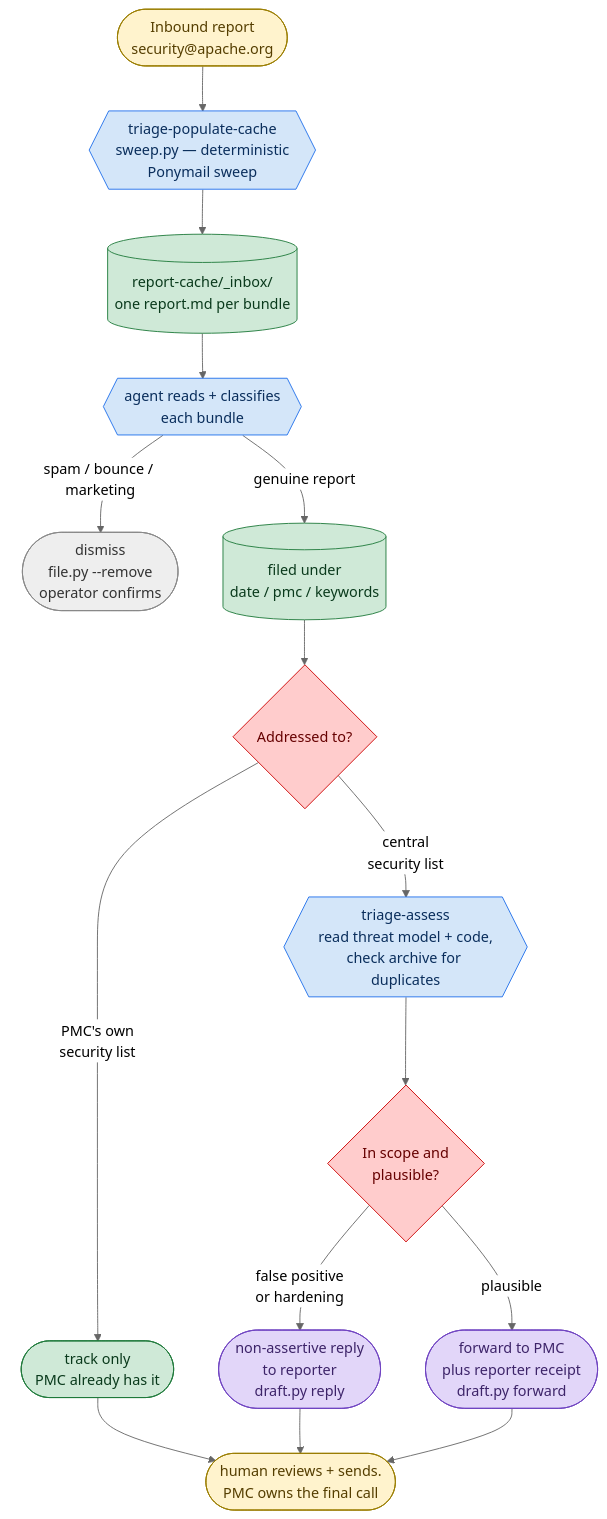
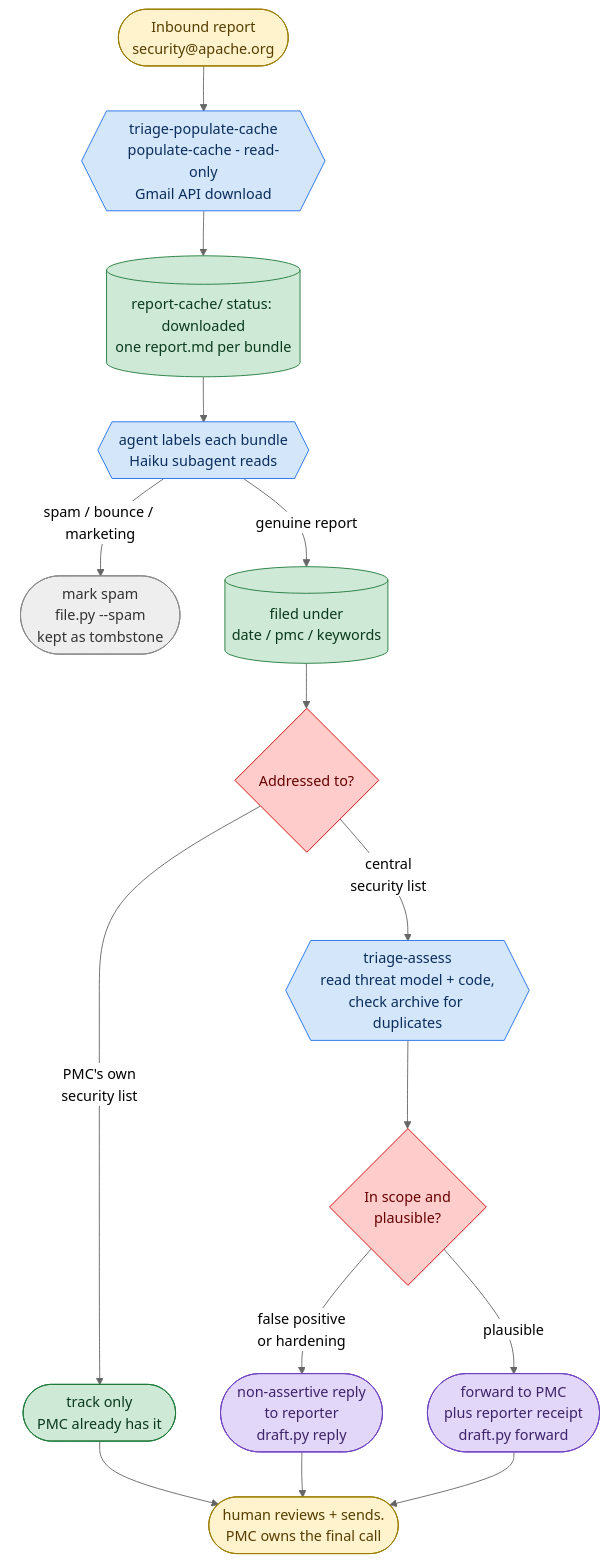
Before and after one commit to raboof/apache-security-dash: the fifth of 5 diagrams in README.md, drawn with Mermaid (neutral theme). The commit also changed other lines of this file and 9 other files, not shown here.

First line of the commit message:
Rewrite triage-populate-cache skill for the populate-cache tool (#131)

````diff
--- a/README.md
+++ b/README.md
@@ -282,26 +282,26 @@
 ```mermaid
 flowchart TD
-    IN([Inbound report<br/>security@apache.org]):::ext --> SW{{triage-populate-cache<br/>sweep.py — deterministic<br/>Ponymail sweep}}:::skill
-    SW --> INBOX[(report-cache/_inbox/<br/>one report.md per bundle)]:::cache
-    INBOX --> CL{{agent reads + classifies<br/>each bundle}}:::skill
-    CL -->|spam / bounce / marketing| DIS([dismiss<br/>file.py --remove<br/>operator confirms]):::drop
+    IN([Inbound report<br/>security@apache.org]):::ext --> SW{{triage-populate-cache<br/>populate-cache - read-only<br/>Gmail API download}}:::skill
+    SW --> INBOX[(report-cache/ status: downloaded<br/>one report.md per bundle)]:::cache
+    INBOX --> CL{{agent labels each bundle<br/>Haiku subagent reads}}:::skill
+    CL -->|spam / bounce / marketing| DIS([mark spam<br/>file.py --spam<br/>kept as tombstone]):::drop
     CL -->|genuine report| FILE[(filed under<br/>date / pmc / keywords)]:::cache
     FILE --> REC{Addressed to?}:::gate
     REC -->|PMC's own<br/>security list| TRK([track only<br/>PMC already has it]):::done
     REC -->|central<br/>security list| AS{{triage-assess<br/>read threat model + code,<br/>check archive for duplicates}}:::skill
     AS --> J{In scope and<br/>plausible?}:::gate
     J -->|false positive<br/>or hardening| RP([non-assertive reply<br/>to reporter<br/>draft.py reply]):::draft
     J -->|plausible| FW([forward to PMC<br/>plus reporter receipt<br/>draft.py forward]):::draft
     TRK --> H([human reviews + sends.<br/>PMC owns the final call]):::pmc
     RP --> H
     FW --> H
 
     classDef ext fill:#fff3cd,stroke:#9a7d00,color:#553e00
     classDef skill fill:#d4e6f9,stroke:#1f6feb,color:#0a2e5c
     classDef gate fill:#ffcccc,stroke:#cc0000,color:#660000
     classDef cache fill:#cfe9d7,stroke:#1f7a3a,color:#0a3a1c
     classDef draft fill:#e2d6f9,stroke:#6f42c1,color:#3d2469
     classDef done fill:#cfe9d7,stroke:#1f7a3a,color:#0a3a1c
     classDef drop fill:#eeeeee,stroke:#888888,color:#333333
     classDef pmc fill:#fff3cd,stroke:#9a7d00,color:#553e00
 ```
````
